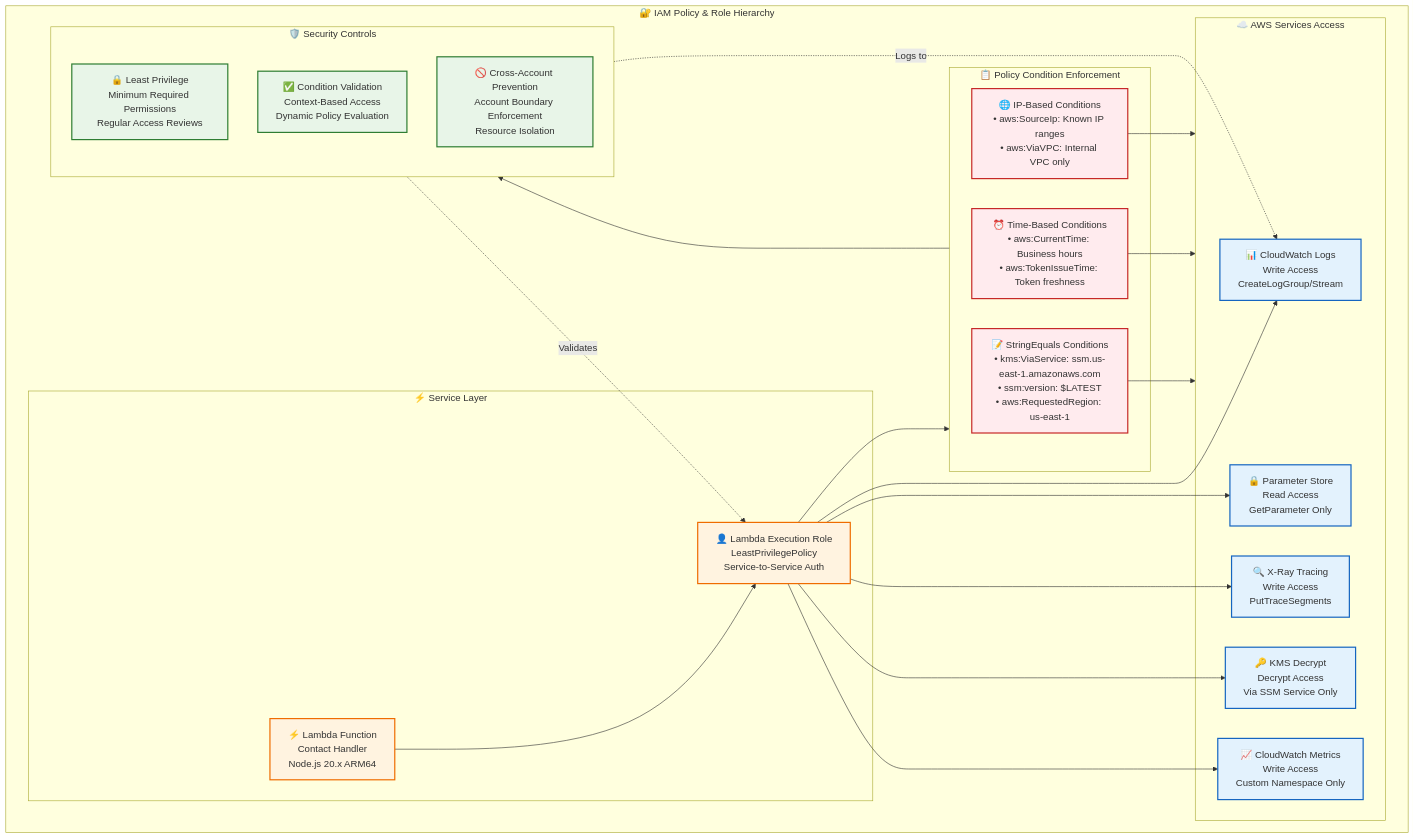
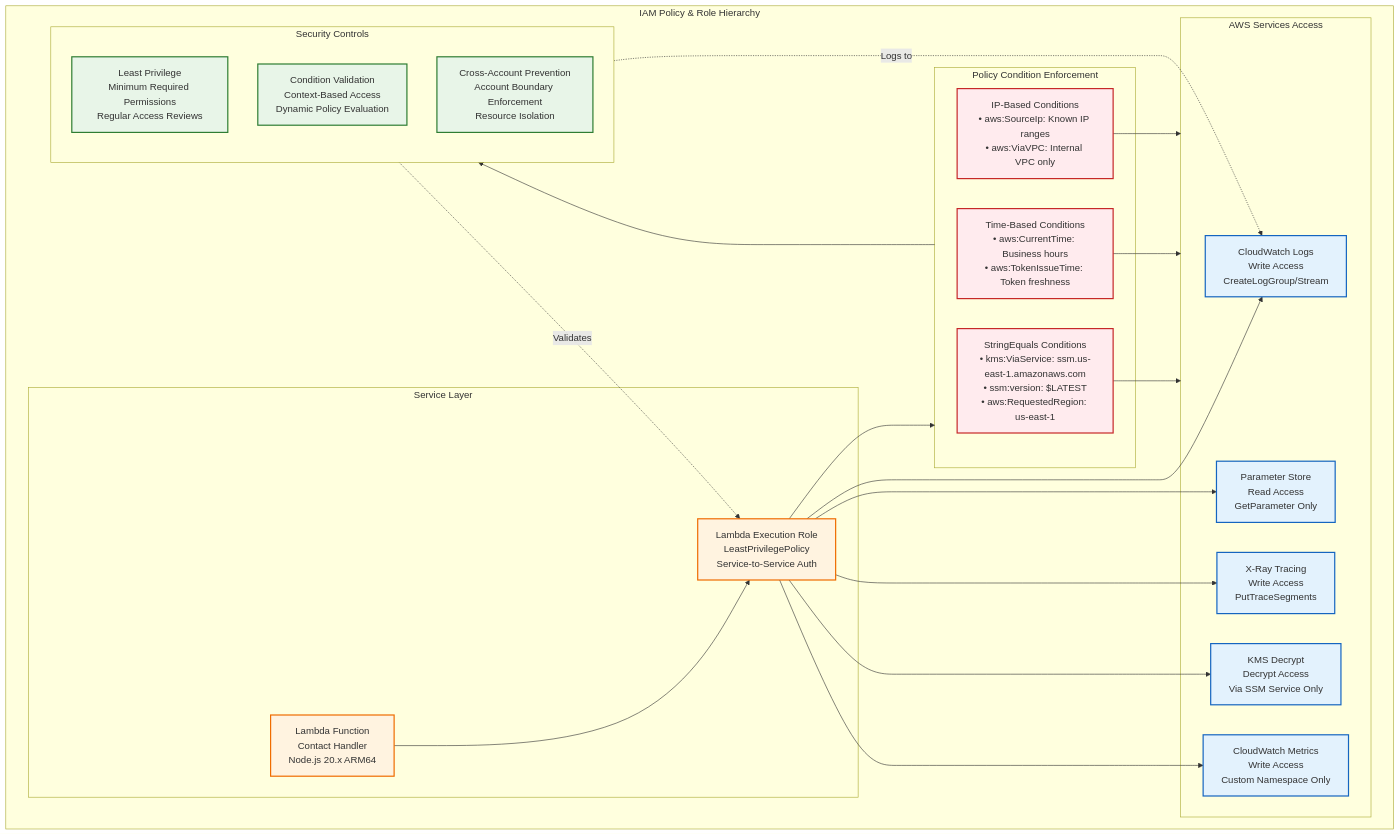
One commit to BjornMelin/bjornmelin-platform-io changed the second of 4 diagrams in docs/infrastructure/security-architecture.md. Above: the diagram before and after it, drawn with Mermaid. The commit also changed other lines of this file and 2 other files, not shown here.

First line of the commit message:
docs: standardize Mermaid diagram labels for improved clarity

````diff
--- a/docs/infrastructure/security-architecture.md
+++ b/docs/infrastructure/security-architecture.md
@@ -122,67 +122,67 @@
 ```mermaid
 graph TB
     %% IAM Policy Hierarchy
-    subgraph IAMHierarchy ["🔐 IAM Policy & Role Hierarchy"]
+    subgraph IAMHierarchy ["IAM Policy & Role Hierarchy"]
         
         %% Service Roles & Functions
-        subgraph ServiceLayer ["⚡ Service Layer"]
-            LambdaFunction[⚡ Lambda Function<br/>Contact Handler<br/>Node.js 20.x ARM64]
-            ExecutionRole[👤 Lambda Execution Role<br/>LeastPrivilegePolicy<br/>Service-to-Service Auth]
+        subgraph ServiceLayer ["Service Layer"]
+            LambdaFunction["Lambda Function<br/>Contact Handler<br/>Node.js 20.x ARM64"]
+            ExecutionRole["Lambda Execution Role<br/>LeastPrivilegePolicy<br/>Service-to-Service Auth"]
         end
         
         %% AWS Services Access
-        subgraph AWSServices ["☁️ AWS Services Access"]
-            CloudWatchLogs[📊 CloudWatch Logs<br/>Write Access<br/>CreateLogGroup/Stream]
-            ParameterStore[🔒 Parameter Store<br/>Read Access<br/>GetParameter Only]
-            XRayTracing[🔍 X-Ray Tracing<br/>Write Access<br/>PutTraceSegments]
-            KMSDecrypt[🔑 KMS Decrypt<br/>Decrypt Access<br/>Via SSM Service Only]
-            CloudWatchMetrics[📈 CloudWatch Metrics<br/>Write Access<br/>Custom Namespace Only]
+        subgraph AWSServices ["AWS Services Access"]
+            CloudWatchLogs["CloudWatch Logs<br/>Write Access<br/>CreateLogGroup/Stream"]
+            ParameterStore["Parameter Store<br/>Read Access<br/>GetParameter Only"]
+            XRayTracing["X-Ray Tracing<br/>Write Access<br/>PutTraceSegments"]
+            KMSDecrypt["KMS Decrypt<br/>Decrypt Access<br/>Via SSM Service Only"]
+            CloudWatchMetrics["CloudWatch Metrics<br/>Write Access<br/>Custom Namespace Only"]
         end
         
         %% Policy Conditions
-        subgraph PolicyConditions ["📋 Policy Condition Enforcement"]
-            StringEquals[📝 StringEquals Conditions<br/>• kms:ViaService: ssm.us-east-1.amazonaws.com<br/>• ssm:version: $LATEST<br/>• aws:RequestedRegion: us-east-1]
-            TimeBasedConditions[⏰ Time-Based Conditions<br/>• aws:CurrentTime: Business hours<br/>• aws:TokenIssueTime: Token freshness]
-            IPBasedConditions[🌐 IP-Based Conditions<br/>• aws:SourceIp: Known IP ranges<br/>• aws:ViaVPC: Internal VPC only]
+        subgraph PolicyConditions ["Policy Condition Enforcement"]
+            StringEquals["StringEquals Conditions<br/>• kms:ViaService: ssm.us-east-1.amazonaws.com<br/>• ssm:version: $LATEST<br/>• aws:RequestedRegion: us-east-1"]
+            TimeBasedConditions["Time-Based Conditions<br/>• aws:CurrentTime: Business hours<br/>• aws:TokenIssueTime: Token freshness"]
+            IPBasedConditions["IP-Based Conditions<br/>• aws:SourceIp: Known IP ranges<br/>• aws:ViaVPC: Internal VPC only"]
         end
         
         %% Security Controls
-        subgraph SecurityControls ["🛡️ Security Controls"]
-            LeastPrivilege[🔒 Least Privilege<br/>Minimum Required Permissions<br/>Regular Access Reviews]
-            ConditionValidation[✅ Condition Validation<br/>Context-Based Access<br/>Dynamic Policy Evaluation]
-            CrossAccountPrevention[🚫 Cross-Account Prevention<br/>Account Boundary Enforcement<br/>Resource Isolation]
+        subgraph SecurityControls ["Security Controls"]
+            LeastPrivilege["Least Privilege<br/>Minimum Required Permissions<br/>Regular Access Reviews"]
+            ConditionValidation["Condition Validation<br/>Context-Based Access<br/>Dynamic Policy Evaluation"]
+            CrossAccountPrevention["Cross-Account Prevention<br/>Account Boundary Enforcement<br/>Resource Isolation"]
         end
     end
     
     %% Access Flow
     LambdaFunction --> ExecutionRole
     ExecutionRole --> CloudWatchLogs
     ExecutionRole --> ParameterStore
     ExecutionRole --> XRayTracing
     ExecutionRole --> KMSDecrypt
     ExecutionRole --> CloudWatchMetrics
     
     %% Condition Application
     ExecutionRole --> PolicyConditions
     StringEquals --> AWSServices
     TimeBasedConditions --> AWSServices
     IPBasedConditions --> AWSServices
     
     %% Security Enforcement
     PolicyConditions --> SecurityControls
     SecurityControls -.->|Validates| ExecutionRole
     
     %% Audit Trail
     SecurityControls -.->|Logs to| CloudWatchLogs
     
     %% Styling
     classDef service fill:#fff3e0,stroke:#ef6c00,stroke-width:2px
     classDef awsService fill:#e3f2fd,stroke:#1565c0,stroke-width:2px
     classDef conditions fill:#ffebee,stroke:#c62828,stroke-width:2px
     classDef security fill:#e8f5e8,stroke:#2e7d32,stroke-width:2px
     
     class LambdaFunction,ExecutionRole service
     class CloudWatchLogs,ParameterStore,XRayTracing,KMSDecrypt,CloudWatchMetrics awsService
     class StringEquals,TimeBasedConditions,IPBasedConditions conditions
     class LeastPrivilege,ConditionValidation,CrossAccountPrevention security
 ```
````
